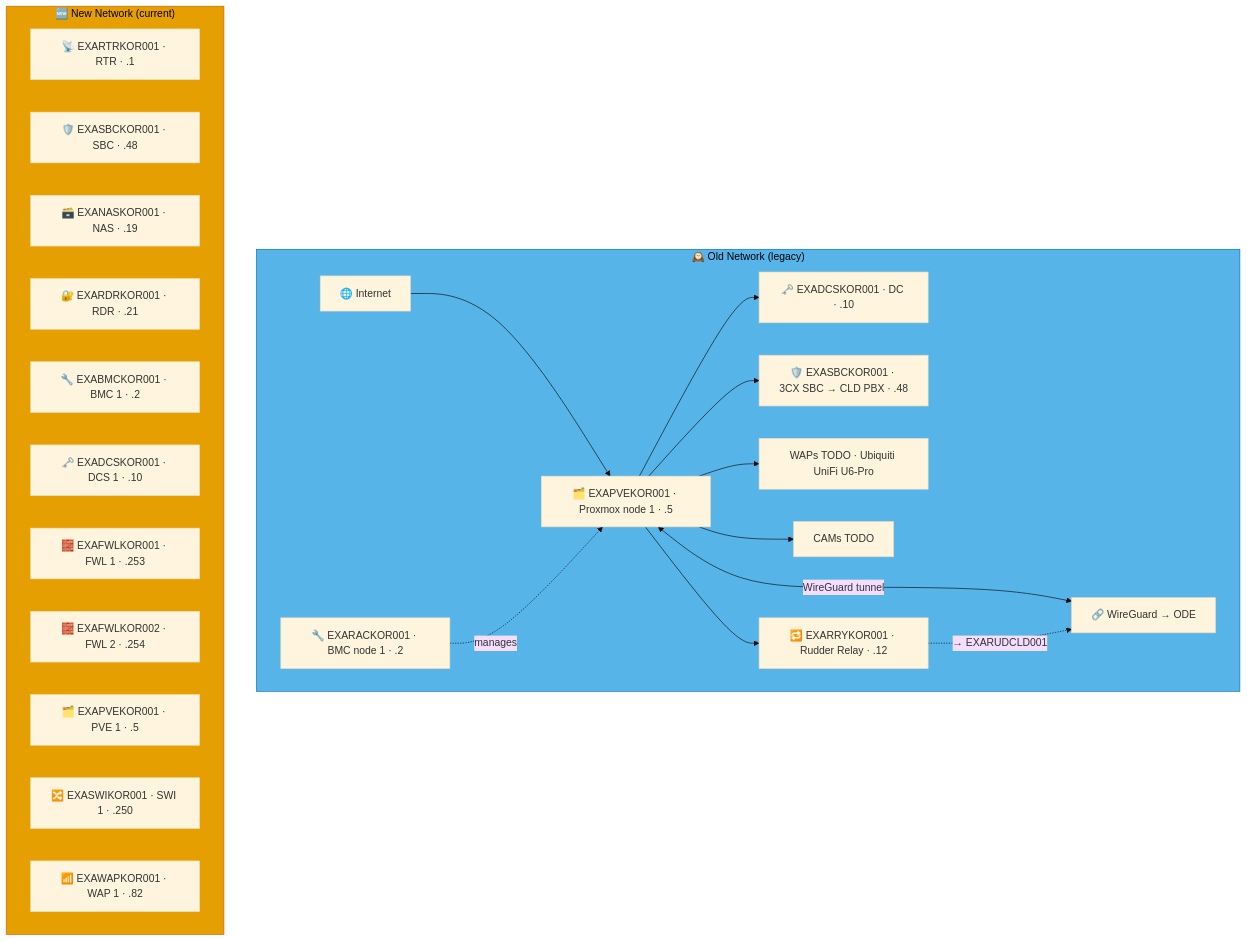
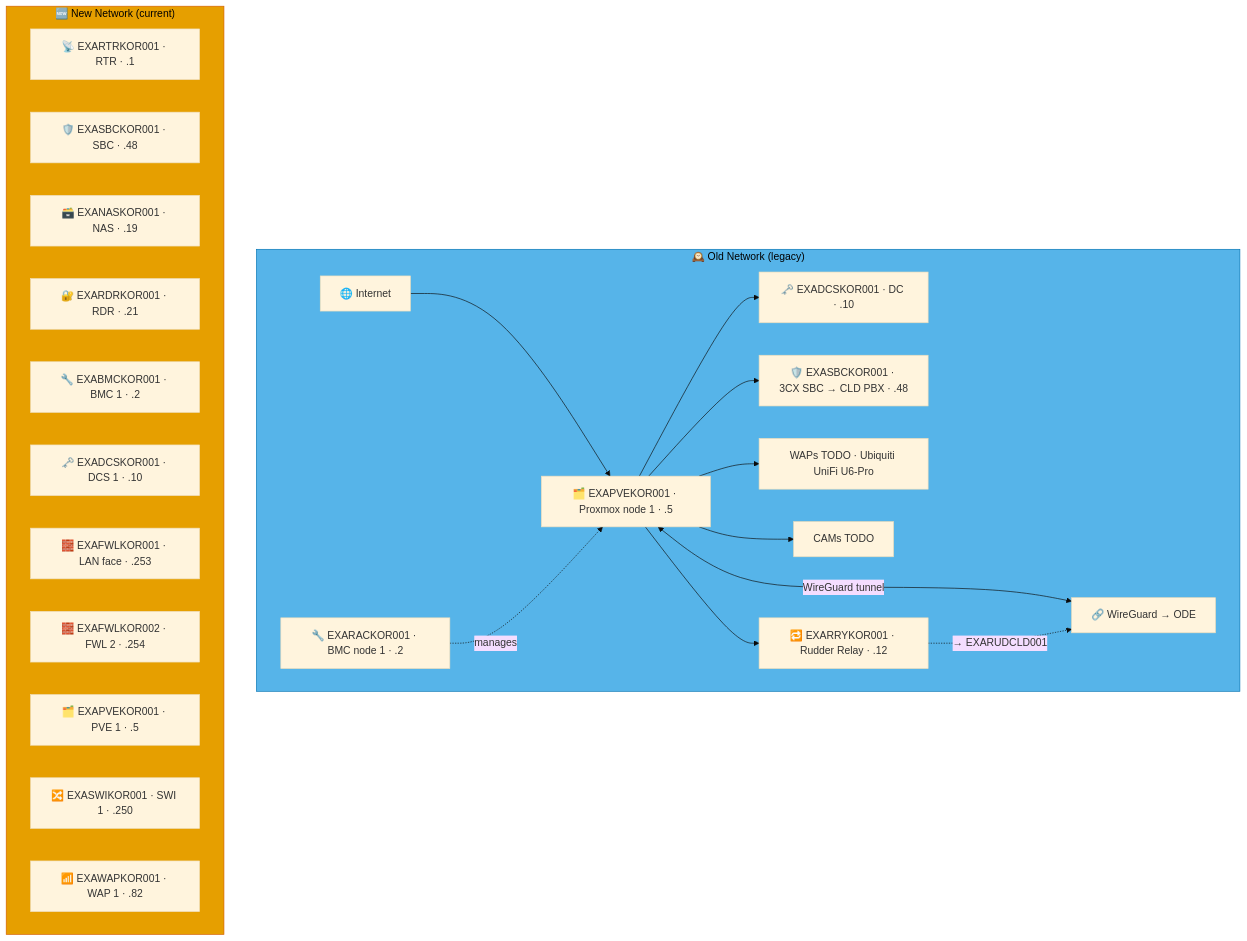
One commit to knightmare2600/example_music_infra changed the fifth of 9 diagrams in docs/network-diagram/danmark.md. Above: the diagram before and after it, drawn with Mermaid (base theme). The commit also changed other lines of this file and 17 other files, not shown here.

````diff
--- a/docs/network-diagram/danmark.md
+++ b/docs/network-diagram/danmark.md
@@ -247,39 +247,39 @@
 ```mermaid
 graph TD
     subgraph OLD_KOR ["🕰️ Old Network (legacy)"]
       INET["🌐 Internet"]
       RAC["🔧 EXARACKOR001 · BMC node 1 · .2"]
       PVE["🗂️ EXAPVEKOR001 · Proxmox node 1 · .5"]
       DC["🗝️ EXADCSKOR001 · DC · .10"]
       SBC["🛡️ EXASBCKOR001 · 3CX SBC → CLD PBX · .48"]
       RRY["🔁 EXARRYKOR001 · Rudder Relay · .12"]
       WAP["WAPs TODO · Ubiquiti UniFi U6-Pro"]
       CAM["CAMs TODO"]
       VPN["🔗 WireGuard → ODE"]
 
       INET --> PVE --> DC & SBC
       RAC -.->|"manages"| PVE
       PVE --> WAP & CAM
       PVE <-->|"WireGuard tunnel"| VPN
 
       PVE --> RRY
       RRY -. "→ EXARUDCLD001" .-> VPN
     end
     style OLD_KOR fill:#56B4E9,stroke:#0072B2,color:#000000
     %% GENERATED:NEW-NETWORK:KOR:START
     subgraph NEW_KOR ["🆕 New Network (current)"]
       N_RTR["📡 EXARTRKOR001 · RTR · .1"]
       N_SBC["🛡️ EXASBCKOR001 · SBC · .48"]
       N_NAS["🗃️ EXANASKOR001 · NAS · .19"]
       N_RDR["🔐 EXARDRKOR001 · RDR · .21"]
       N_BMC["🔧 EXABMCKOR001 · BMC 1 · .2"]
       N_DCS["🗝️ EXADCSKOR001 · DCS 1 · .10"]
-      N_FWL["🧱 EXAFWLKOR001 · FWL 1 · .253"]
+      N_FWL["🧱 EXAFWLKOR001 · LAN face · .253"]
       N_FWL2["🧱 EXAFWLKOR002 · FWL 2 · .254"]
       N_PVE["🗂️ EXAPVEKOR001 · PVE 1 · .5"]
       N_SWI["🔀 EXASWIKOR001 · SWI 1 · .250"]
       N_WAP["📶 EXAWAPKOR001 · WAP 1 · .82"]
     end
     style NEW_KOR fill:#E69F00,stroke:#D55E00,color:#000000
     %% GENERATED:NEW-NETWORK:KOR:END
 ```
````
